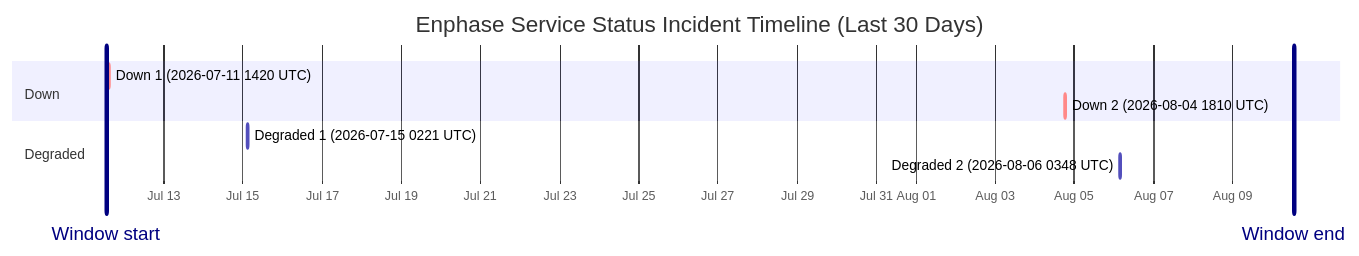
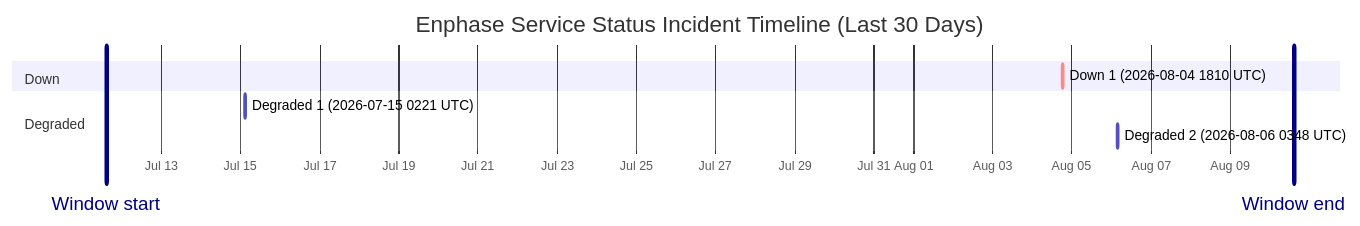
One commit to barneyonline/ha-enphase-energy changed the diagram in wiki/Service-Status-History.md. Above: the diagram before and after it, drawn with Mermaid. The commit also changed other lines of this file and 3 other files, not shown here.

````diff
--- a/wiki/Service-Status-History.md
+++ b/wiki/Service-Status-History.md
@@ -14,14 +14,13 @@
 ```mermaid
 gantt
     title Enphase Service Status Incident Timeline (Last 30 Days)
     dateFormat  YYYY-MM-DDTHH:mm:ss
     axisFormat  %b %d
-    Window start :vert, window-start, 2026-07-11T13:03:29, 0ms
-    Window end :vert, window-end, 2026-08-10T13:03:29, 0ms
+    Window start :vert, window-start, 2026-07-11T14:35:23, 0ms
+    Window end :vert, window-end, 2026-08-10T14:35:23, 0ms
     section Down
-    Down 1 (2026-07-11 1420 UTC) :crit, down-1, 2026-07-11T14:20:54, 69m
-    Down 2 (2026-08-04 1810 UTC) :crit, down-2, 2026-08-04T18:10:46, 60m
+    Down 1 (2026-08-04 1810 UTC) :crit, down-1, 2026-08-04T18:10:46, 60m
     section Degraded
     Degraded 1 (2026-07-15 0221 UTC) :active, degraded-1, 2026-07-15T02:21:35, 60m
     Degraded 2 (2026-08-06 0348 UTC) :active, degraded-2, 2026-08-06T03:48:14, 60m
 ```
````
